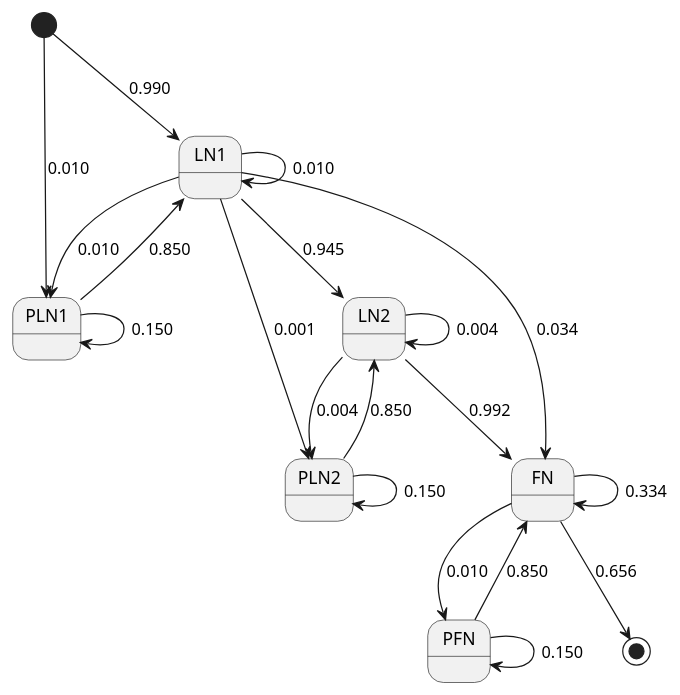
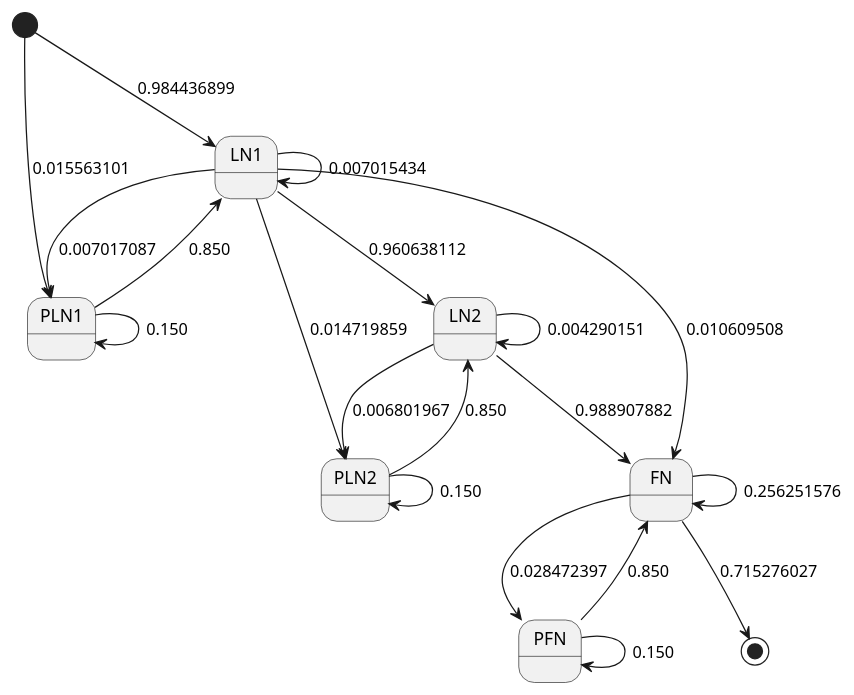
Before and after one commit to lla11358/hmm-name-parser: the second of 2 diagrams in doc/graph.md, drawn with PlantUML. The commit also changed other lines of this file and 7 other files, not shown here.

````diff
--- a/doc/graph.md
+++ b/doc/graph.md
@@ -143,23 +141,23 @@
 ```plantuml
 @startuml
-[*] --> LN1: 0.990
-[*] --> PLN1: 0.010
-LN1 --> LN1: 0.010
-LN1 --> PLN1: 0.010
-LN1 --> LN2: 0.945
-LN1 --> PLN2: 0.001
-LN1 --> FN: 0.034
+[*] --> LN1: 0.984436899
+[*] --> PLN1: 0.015563101
+LN1 --> LN1: 0.007015434
+LN1 --> PLN1: 0.007017087
+LN1 --> LN2: 0.960638112
+LN1 --> PLN2: 0.014719859
+LN1 --> FN: 0.010609508
 PLN1 --> PLN1: 0.150
 PLN1 --> LN1: 0.850
-LN2 --> LN2: 0.004
-LN2 --> PLN2: 0.004
-LN2 --> FN: 0.992
+LN2 --> LN2: 0.004290151
+LN2 --> PLN2: 0.006801967
+LN2 --> FN: 0.988907882
 PLN2 --> PLN2: 0.150
 PLN2 --> LN2: 0.850
-FN --> FN: 0.334
-FN --> PFN: 0.010
-FN --> [*]: 0.656
+FN --> FN: 0.256251576
+FN --> PFN: 0.028472397
+FN --> [*]: 0.715276027
 PFN --> PFN: 0.150
 PFN --> FN: 0.850
 @enduml
 ```
````
